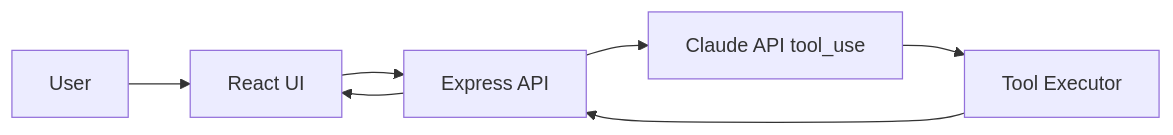
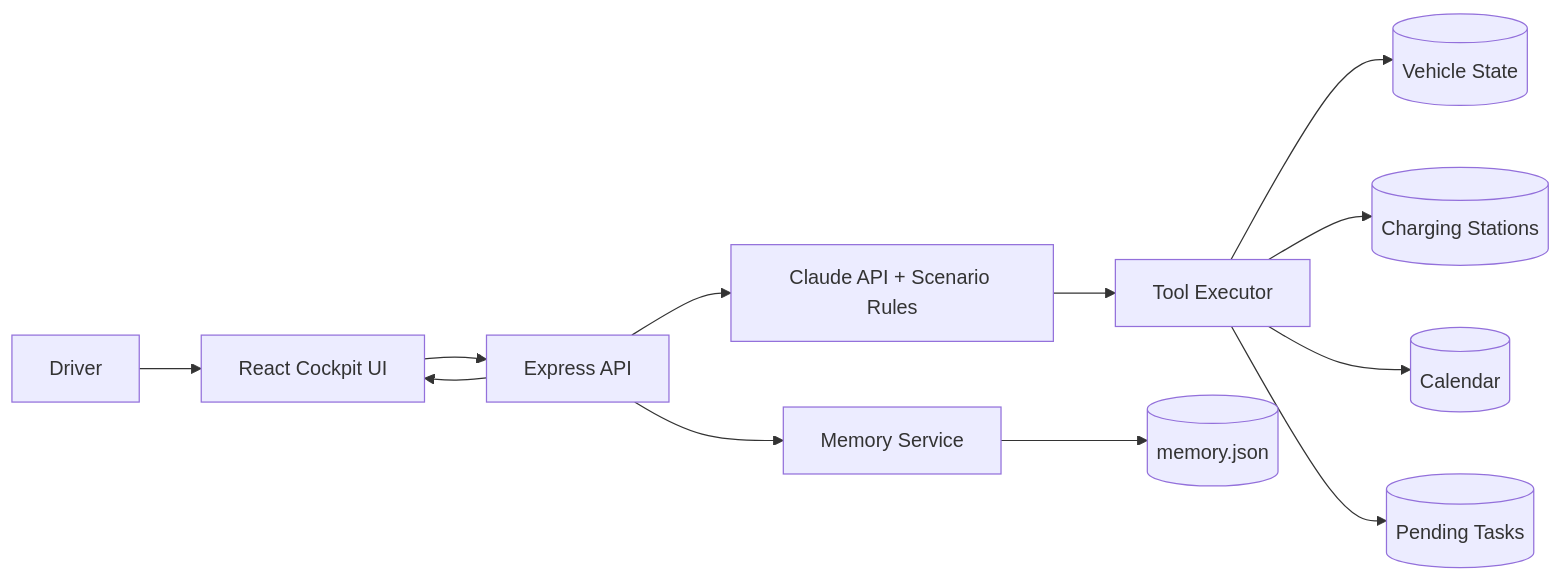
Before and after one commit to ChloeXue00/chargeflow-agent: the diagram in README.md, drawn with Mermaid. The commit also changed other lines of this file and 23 other files, not shown here.

````diff
--- a/README.md
+++ b/README.md
@@ -49,9 +45,14 @@
 ```mermaid
 flowchart LR
-  User[User] --> UI[React UI]
+  User[Driver] --> UI[React Cockpit UI]
   UI --> API[Express API]
-  API --> Claude[Claude API tool_use]
+  API --> Claude[Claude API + Scenario Rules]
   Claude --> Tools[Tool Executor]
-  Tools --> API
+  Tools --> VEH[(Vehicle State)]
+  Tools --> STN[(Charging Stations)]
+  Tools --> CAL[(Calendar)]
+  Tools --> TASK[(Pending Tasks)]
+  API --> MEM[Memory Service]
+  MEM --> MEMFILE[(memory.json)]
   API --> UI
 ```
````
